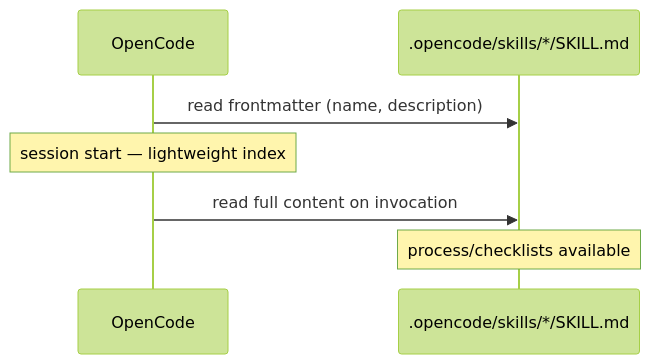
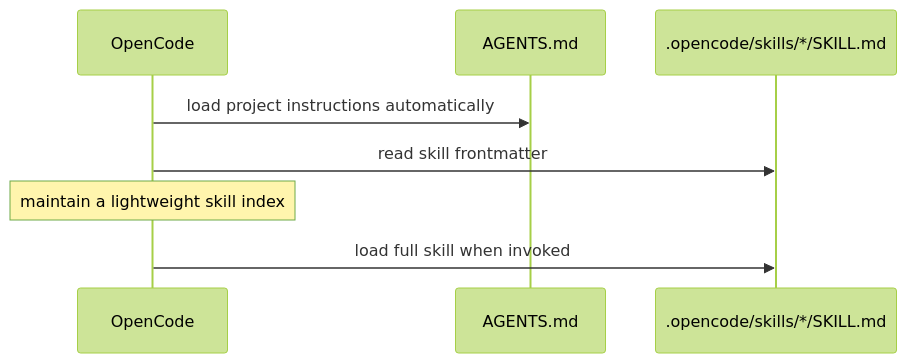
The diagram in docs/04-architecture/opencode-integration.md (eybersjp/development-kit), drawn with Mermaid (forest theme) before and after one commit. The commit also changed other lines of this file, not shown here.

Commit message:
docs: align OpenCode integration architecture with current schema

````diff
--- a/docs/04-architecture/opencode-integration.md
+++ b/docs/04-architecture/opencode-integration.md
@@ -21,9 +47,10 @@
 ```mermaid
 sequenceDiagram
     participant OC as OpenCode
+    participant AG as AGENTS.md
     participant SK as .opencode/skills/*/SKILL.md
-    OC->>SK: read frontmatter (name, description)
-    Note over OC: session start — lightweight index
-    OC->>SK: read full content on invocation
-    Note over SK: process/checklists available
+    OC->>AG: load project instructions automatically
+    OC->>SK: read skill frontmatter
+    Note over OC: maintain a lightweight skill index
+    OC->>SK: load full skill when invoked
 ```
````
